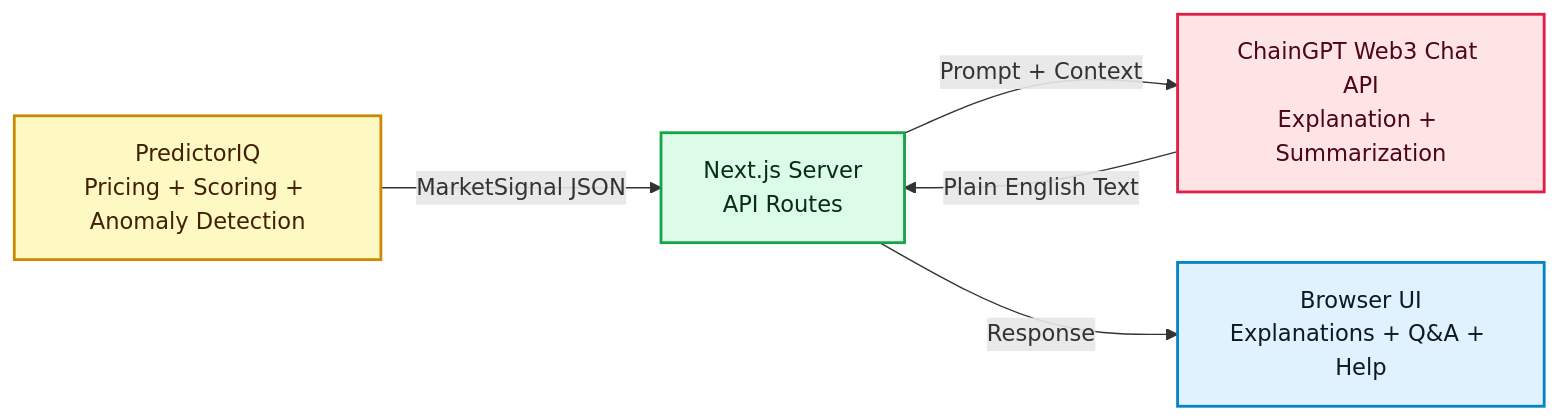
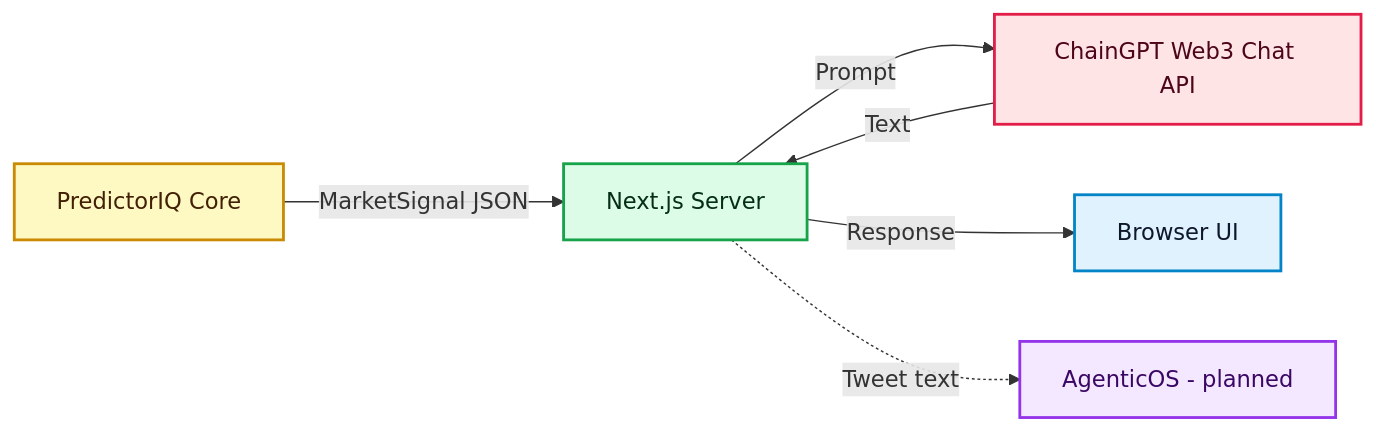
Before and after one commit to nelsonjingusc/predictoriq-demo: the first of 2 diagrams in docs/CHAINGPT_INTEGRATION_OVERVIEW.md, drawn with Mermaid. The commit also changed other lines of this file, not shown here.

Commit message:
update architecture

````diff
--- a/docs/CHAINGPT_INTEGRATION_OVERVIEW.md
+++ b/docs/CHAINGPT_INTEGRATION_OVERVIEW.md
@@ -14,17 +15,20 @@
 ```mermaid
 flowchart LR
   classDef data fill:#FEF9C3,stroke:#CA8A04,color:#422006,stroke-width:2px
   classDef server fill:#DCFCE7,stroke:#16A34A,color:#052E16,stroke-width:2px
   classDef chaingpt fill:#FFE4E6,stroke:#E11D48,color:#4C0519,stroke-width:2px
   classDef output fill:#E0F2FE,stroke:#0284C7,color:#0F172A,stroke-width:2px
+  classDef future fill:#F3E8FF,stroke:#9333EA,color:#3B0764,stroke-width:2px
 
-  A[PredictorIQ<br/>Pricing + Scoring + Anomaly Detection]:::data
-  B[Next.js Server<br/>API Routes]:::server
-  C[ChainGPT Web3 Chat API<br/>Explanation + Summarization]:::chaingpt
-  D[Browser UI<br/>Explanations + Q&A + Help]:::output
+  A[PredictorIQ Core]:::data
+  B[Next.js Server]:::server
+  C[ChainGPT Web3 Chat API]:::chaingpt
+  D[Browser UI]:::output
+  E[AgenticOS - planned]:::future
 
   A -->|MarketSignal JSON| B
-  B -->|Prompt + Context| C
-  C -->|Plain English Text| B
+  B -->|Prompt| C
+  C -->|Text| B
   B -->|Response| D
+  B -.->|Tweet text| E
 ```
````
